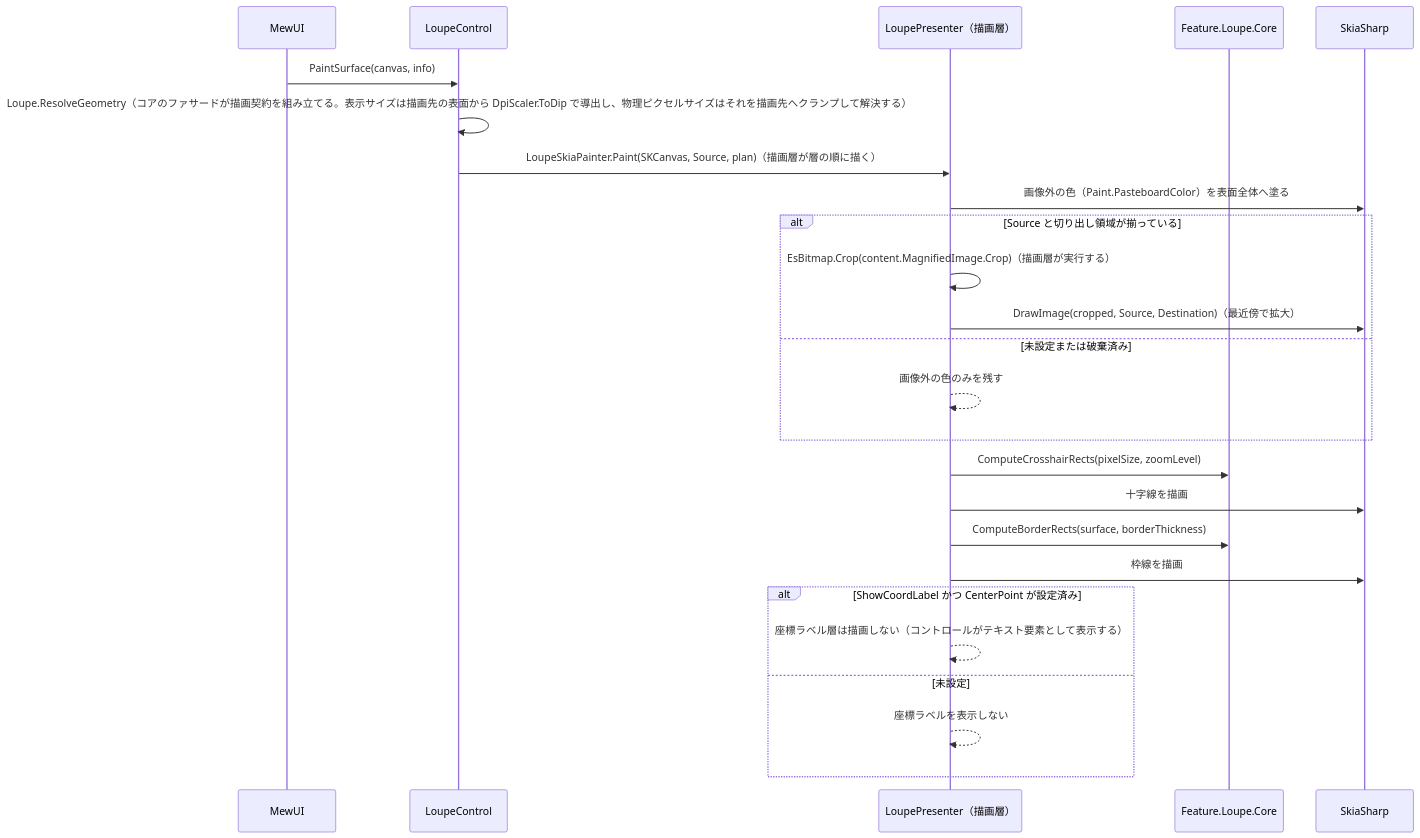
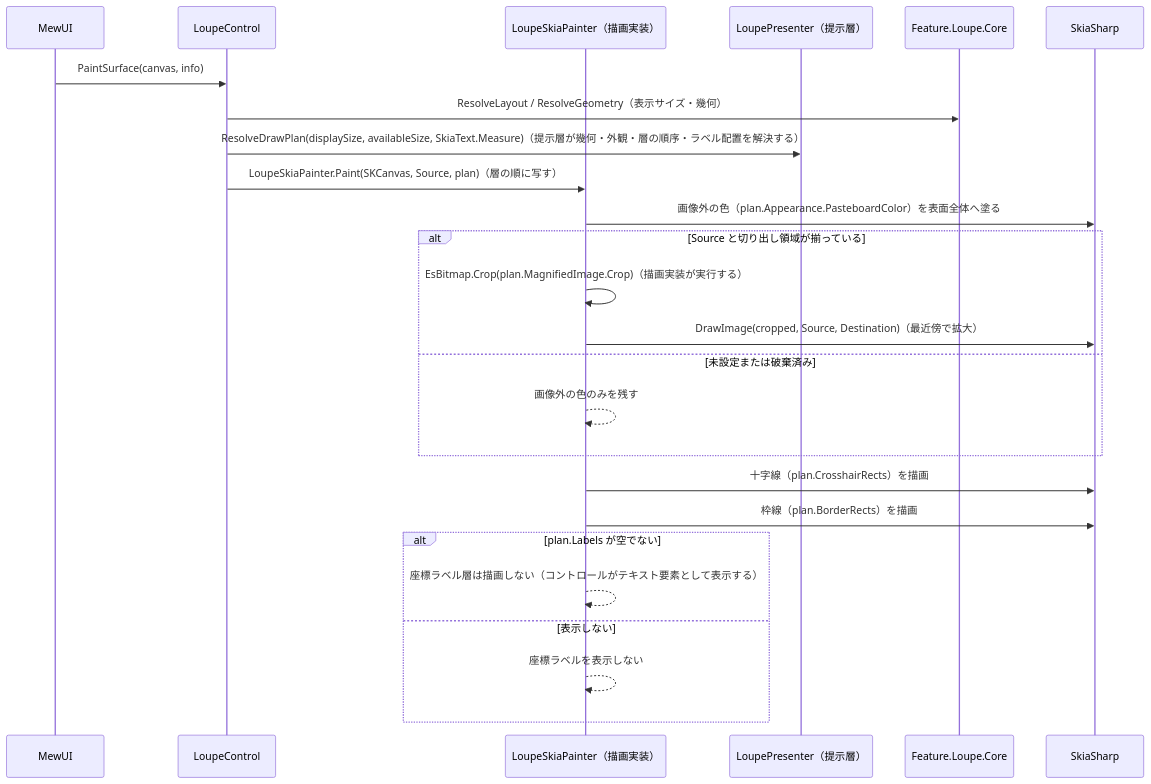
The second of 2 diagrams in src/LoupeControl.MewUI/SPEC_System.md (tomokuni/SaveEvidence), drawn with Mermaid before and after one commit. The commit also changed other lines of this file and 24 other files, not shown here.

````diff
--- a/src/LoupeControl.MewUI/SPEC_System.md
+++ b/src/LoupeControl.MewUI/SPEC_System.md
@@ -182,28 +186,28 @@
 ```mermaid
 sequenceDiagram
     participant MW as MewUI
     participant LC as LoupeControl
-    participant R as LoupePresenter（描画層）
+    participant R as LoupeSkiaPainter（描画実装）
+    participant P as LoupePresenter（提示層）
     participant C as Feature.Loupe.Core
     participant SK as SkiaSharp
 
     MW->>LC: PaintSurface(canvas, info)
-    LC->>LC: Loupe.ResolveGeometry（コアのファサードが描画契約を組み立てる。表示サイズは描画先の表面から DpiScaler.ToDip で導出し、物理ピクセルサイズはそれを描画先へクランプして解決する）
-    LC->>R: LoupeSkiaPainter.Paint(SKCanvas, Source, plan)（描画層が層の順に描く）
-    R->>SK: 画像外の色（Paint.PasteboardColor）を表面全体へ塗る
+    LC->>C: ResolveLayout / ResolveGeometry（表示サイズ・幾何）
+    LC->>P: ResolveDrawPlan(displaySize, availableSize, SkiaText.Measure)（提示層が幾何・外観・層の順序・ラベル配置を解決する）
+    LC->>R: LoupeSkiaPainter.Paint(SKCanvas, Source, plan)（層の順に写す）
+    R->>SK: 画像外の色（plan.Appearance.PasteboardColor）を表面全体へ塗る
     alt Source と切り出し領域が揃っている
-        R->>R: EsBitmap.Crop(content.MagnifiedImage.Crop)（描画層が実行する）
+        R->>R: EsBitmap.Crop(plan.MagnifiedImage.Crop)（描画実装が実行する）
         R->>SK: DrawImage(cropped, Source, Destination)（最近傍で拡大）
     else 未設定または破棄済み
         R-->>R: 画像外の色のみを残す
     end
-    R->>C: ComputeCrosshairRects(pixelSize, zoomLevel)
-    R->>SK: 十字線を描画
-    R->>C: ComputeBorderRects(surface, borderThickness)
-    R->>SK: 枠線を描画
-    alt ShowCoordLabel かつ CenterPoint が設定済み
+    R->>SK: 十字線（plan.CrosshairRects）を描画
+    R->>SK: 枠線（plan.BorderRects）を描画
+    alt plan.Labels が空でない
         R-->>R: 座標ラベル層は描画しない（コントロールがテキスト要素として表示する）
-    else 未設定
+    else 表示しない
         R-->>R: 座標ラベルを表示しない
     end
 ```
````
